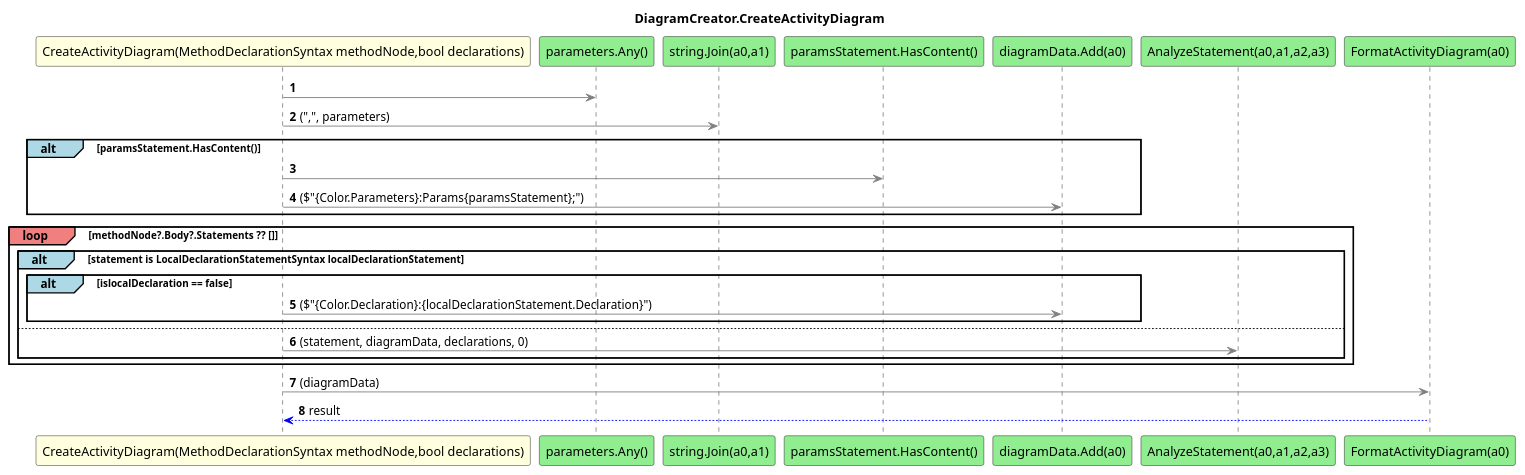
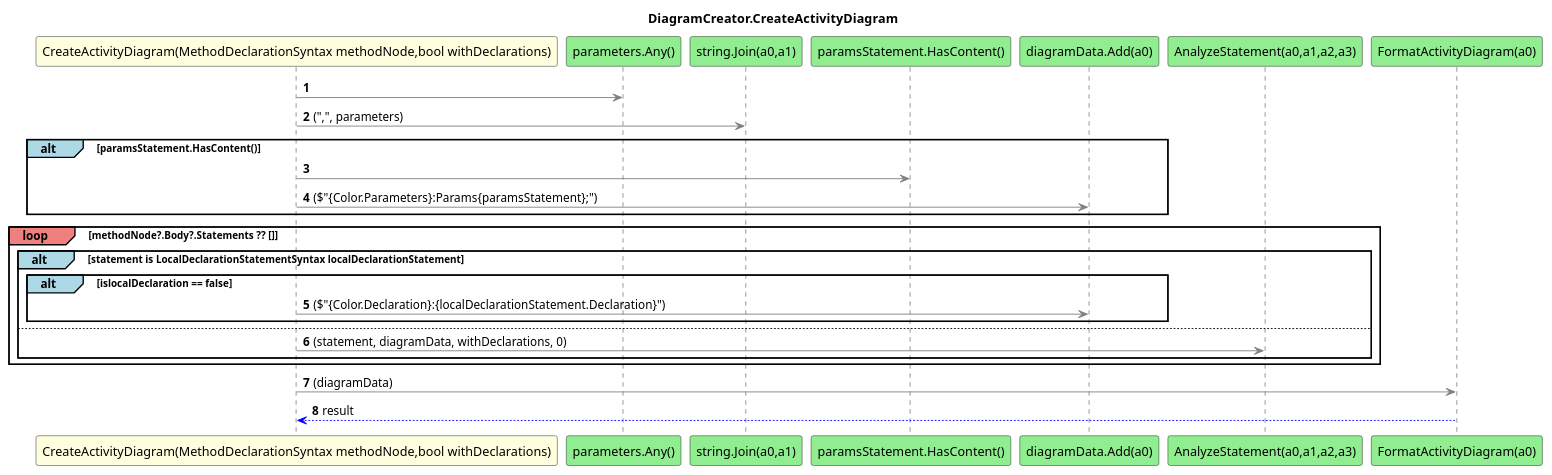
Before and after one commit to leoggehrer/PlantUML: the diagram in PlantUML.Logic/diagrams/sq_DiagramCreator_CreateActivityDiagram_3.puml, drawn with PlantUML. The commit also changed 51 other files, not shown here.

```diff
--- a/PlantUML.Logic/diagrams/sq_DiagramCreator_CreateActivityDiagram_3.puml
+++ b/PlantUML.Logic/diagrams/sq_DiagramCreator_CreateActivityDiagram_3.puml
@@ -1,28 +1,28 @@
 @startuml DiagramCreator.CreateActivityDiagram
 title DiagramCreator.CreateActivityDiagram
-participant "CreateActivityDiagram(MethodDeclarationSyntax methodNode,bool declarations)" as CreateActivityDiagram_p0_p1 #LightYellow
+participant "CreateActivityDiagram(MethodDeclarationSyntax methodNode,bool withDeclarations)" as CreateActivityDiagram_p0_p1 #LightYellow
 participant "parameters.Any()" as parameters_Any #LightGreen
 participant "string.Join(a0,a1)" as string_Join_a0_a1 #LightGreen
 participant "paramsStatement.HasContent()" as paramsStatement_HasContent #LightGreen
 participant "diagramData.Add(a0)" as diagramData_Add_a0 #LightGreen
 participant "AnalyzeStatement(a0,a1,a2,a3)" as AnalyzeStatement_a0_a1_a2_a3 #LightGreen
 participant "FormatActivityDiagram(a0)" as FormatActivityDiagram_a0 #LightGreen
 autonumber
 CreateActivityDiagram_p0_p1 -[#grey]> parameters_Any
 CreateActivityDiagram_p0_p1 -[#grey]> string_Join_a0_a1 : (",", parameters)
 alt#LightBlue paramsStatement.HasContent()
  CreateActivityDiagram_p0_p1 -[#grey]> paramsStatement_HasContent
  CreateActivityDiagram_p0_p1 -[#grey]> diagramData_Add_a0 : ($"{Color.Parameters}:Params{paramsStatement};")
 end
 loop#LightCoral methodNode?.Body?.Statements ?? []
  alt#LightBlue statement is LocalDeclarationStatementSyntax localDeclarationStatement
  alt#LightBlue islocalDeclaration == false
  CreateActivityDiagram_p0_p1 -[#grey]> diagramData_Add_a0 : ($"{Color.Declaration}:{localDeclarationStatement.Declaration}")
  end
  else
- CreateActivityDiagram_p0_p1 -[#grey]> AnalyzeStatement_a0_a1_a2_a3 : (statement, diagramData, declarations, 0)
+ CreateActivityDiagram_p0_p1 -[#grey]> AnalyzeStatement_a0_a1_a2_a3 : (statement, diagramData, withDeclarations, 0)
  end
 end
 CreateActivityDiagram_p0_p1 -[#grey]> FormatActivityDiagram_a0 : (diagramData)
 FormatActivityDiagram_a0 -[#blue]-> CreateActivityDiagram_p0_p1 : result
 @enduml
```
